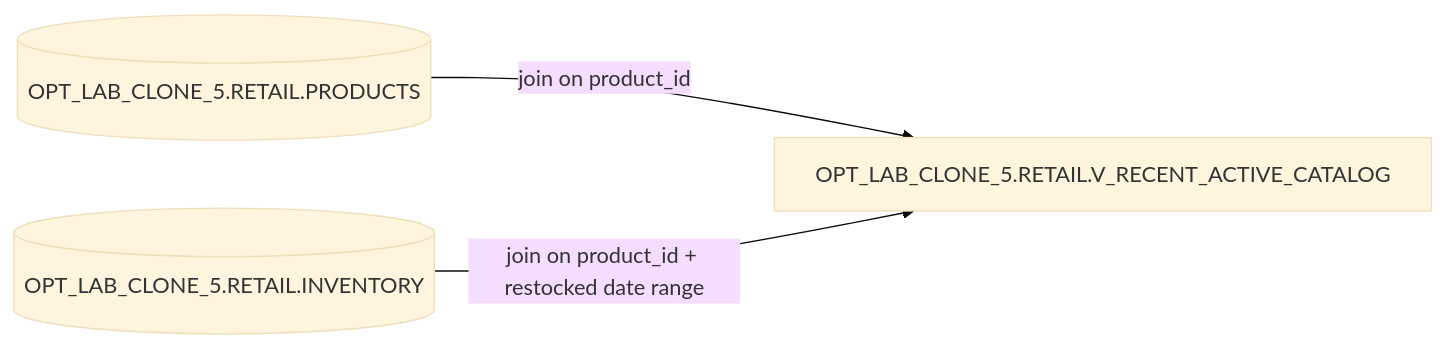
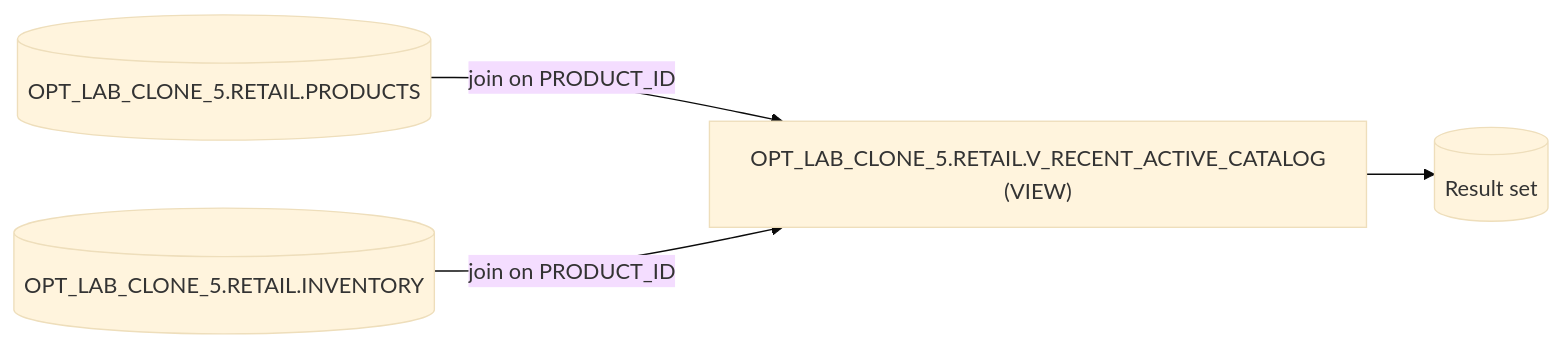
Before and after one commit to JosephMoustaid/documentation-and-optimization-archive: the diagram in OPT_LAB_CLONE_5/executions/V_RECENT_ACTIVE_CATALOG_VIEW_2026-07-12T14:15:00Z/lineage.md, drawn with Mermaid (base theme). The commit also changed other lines of this file and 4 other files, not shown here.

Commit message:
Persist optimization docs: OPT_LAB_CLONE_5.RETAIL.V_RECENT_ACTIVE_CATALOG (VIEW) @ 2026-07-12T14:15:00Z

````diff
--- a/OPT_LAB_CLONE_5/executions/V_RECENT_ACTIVE_CATALOG_VIEW_2026-07-12T14:15:00Z/lineage.md
+++ b/OPT_LAB_CLONE_5/executions/V_RECENT_ACTIVE_CATALOG_VIEW_2026-07-12T14:15:00Z/lineage.md
@@ -7,5 +5,7 @@
 ```mermaid
 flowchart LR
-  P[(OPT_LAB_CLONE_5.RETAIL.PRODUCTS)] -->|join on product_id| V[OPT_LAB_CLONE_5.RETAIL.V_RECENT_ACTIVE_CATALOG]
-  I[(OPT_LAB_CLONE_5.RETAIL.INVENTORY)] -->|join on product_id + restocked date range| V
+  P[(OPT_LAB_CLONE_5.RETAIL.PRODUCTS)] -->|join on PRODUCT_ID| V["OPT_LAB_CLONE_5.RETAIL.V_RECENT_ACTIVE_CATALOG\n(VIEW)"]
+  I[(OPT_LAB_CLONE_5.RETAIL.INVENTORY)] -->|join on PRODUCT_ID| V
+
+  V --> O[(Result set)]
 ```
````
